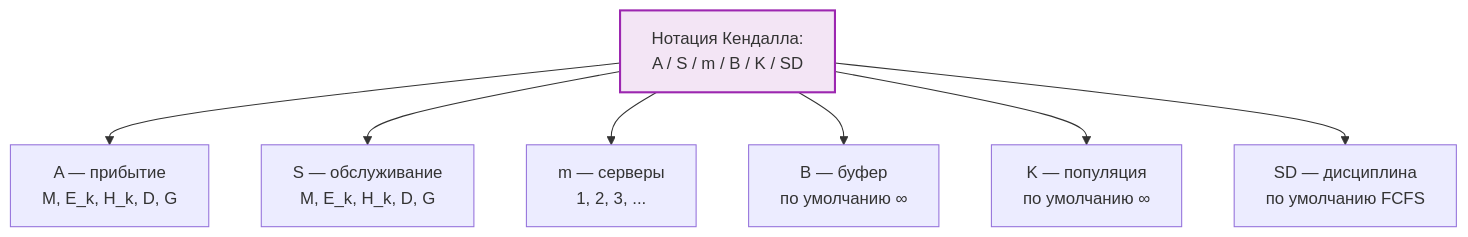
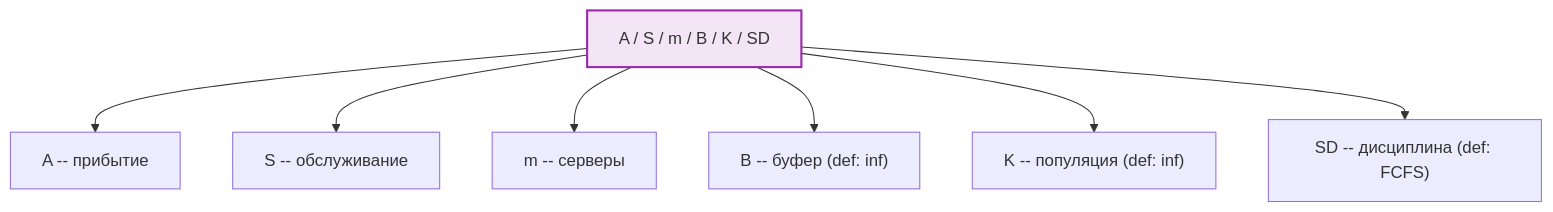
Before and after one commit to stareeg/simulation-modeling-notes: the second of 6 diagrams in docs/06-queueing-intro.md, drawn with Mermaid. The commit also changed other lines of this file and 14 other files, not shown here.

````diff
--- a/docs/06-queueing-intro.md
+++ b/docs/06-queueing-intro.md
@@ -84,12 +90,12 @@
 ```mermaid
 flowchart TD
-    KN["Нотация Кендалла:<br/>A / S / m / B / K / SD"]
-    KN --> A["A — прибытие<br/>M, E_k, H_k, D, G"]
-    KN --> S["S — обслуживание<br/>M, E_k, H_k, D, G"]
-    KN --> m["m — серверы<br/>1, 2, 3, ..."]
-    KN --> B["B — буфер<br/>по умолчанию ∞"]
-    KN --> K["K — популяция<br/>по умолчанию ∞"]
-    KN --> SD["SD — дисциплина<br/>по умолчанию FCFS"]
+    KN["A / S / m / B / K / SD"]
+    KN --> A["A -- прибытие"]
+    KN --> S["S -- обслуживание"]
+    KN --> m["m -- серверы"]
+    KN --> B["B -- буфер (def: inf)"]
+    KN --> K["K -- популяция (def: inf)"]
+    KN --> SD["SD -- дисциплина (def: FCFS)"]
 
     style KN fill:#f3e5f5,stroke:#9C27B0,stroke-width:2px
 ```
````
